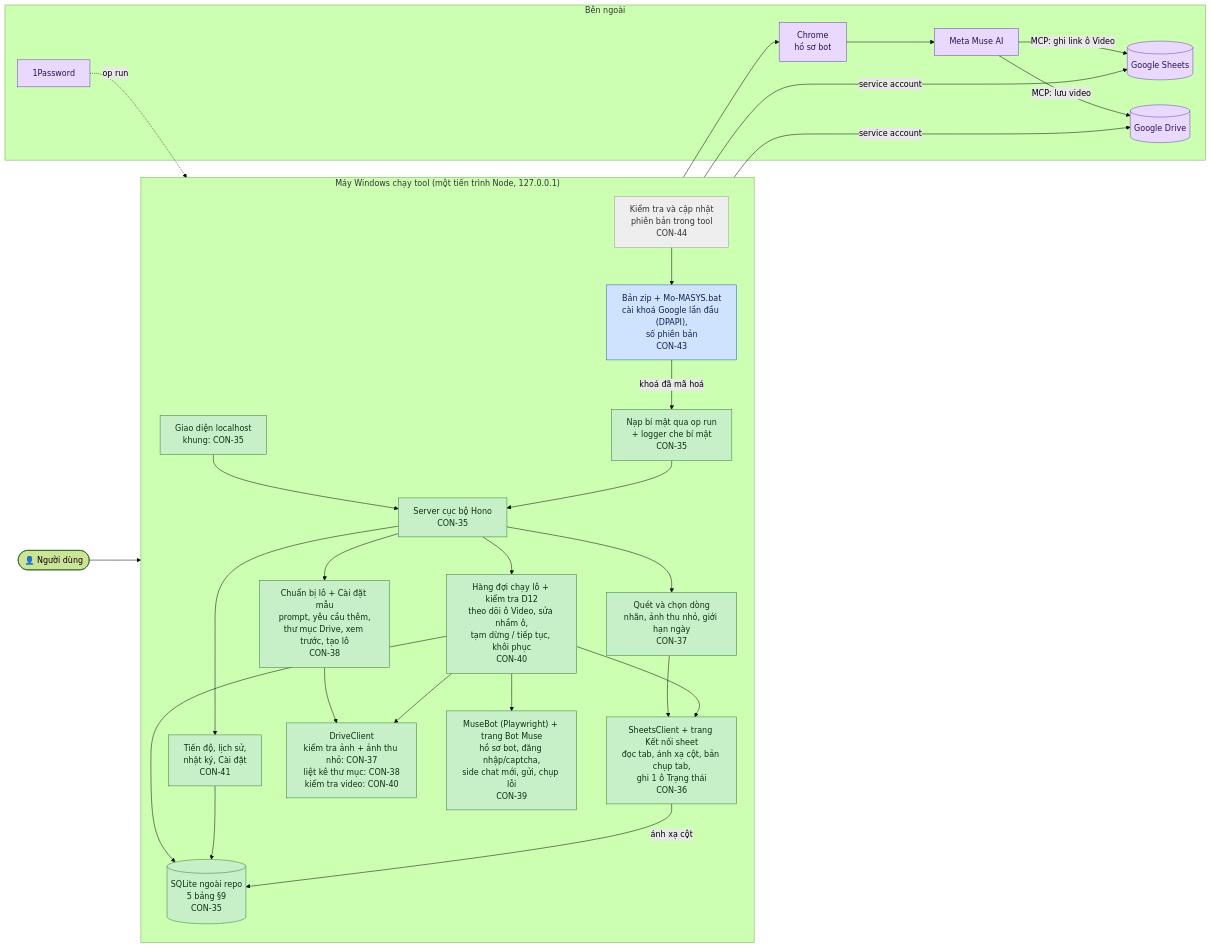
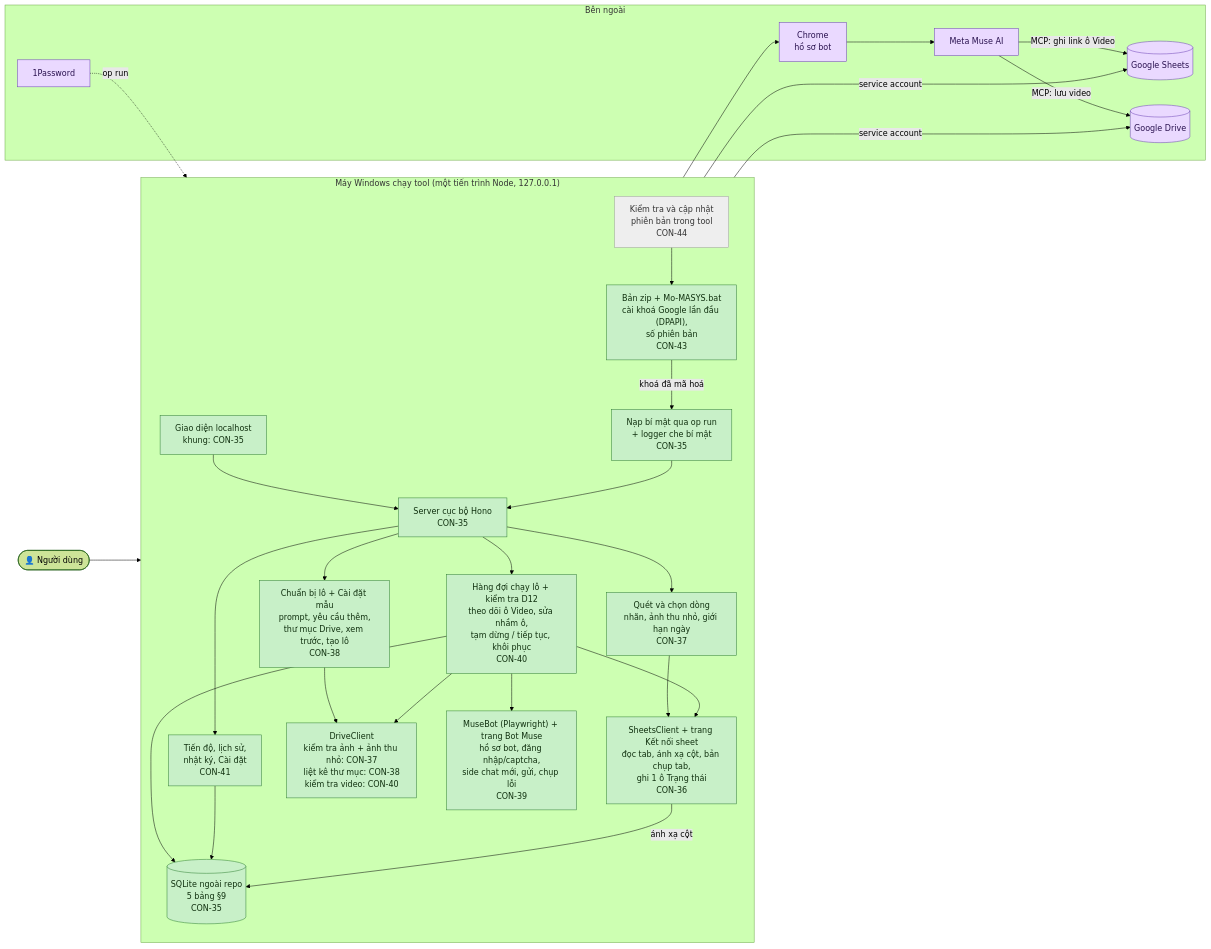
One commit to Bach1711/MASYS-VIDEO-GENERATOR changed the diagram in TIEN-DO.md. Above: the diagram before and after it, drawn with Mermaid (forest theme). The commit also changed other lines of this file and 1 other file, not shown here.

````diff
--- a/TIEN-DO.md
+++ b/TIEN-DO.md
@@ -17,63 +17,63 @@
 ```mermaid
 flowchart LR
     user(["👤 Người dùng"])
 
     subgraph PC["Máy Windows chạy tool (một tiến trình Node, 127.0.0.1)"]
         direction TB
         ui["Giao diện localhost<br/>khung: CON-35"]
         server["Server cục bộ Hono<br/>CON-35"]
         secrets["Nạp bí mật qua op run<br/>+ logger che bí mật<br/>CON-35"]
         db[("SQLite ngoài repo<br/>5 bảng §9<br/>CON-35")]
 
         sheet["SheetsClient + trang Kết nối sheet<br/>đọc tab, ánh xạ cột, bản chụp tab,<br/>ghi 1 ô Trạng thái<br/>CON-36"]
         scan["Quét và chọn dòng<br/>nhãn, ảnh thu nhỏ, giới hạn ngày<br/>CON-37"]
         editor["Chuẩn bị lô + Cài đặt mẫu<br/>prompt, yêu cầu thêm,<br/>thư mục Drive, xem trước, tạo lô<br/>CON-38"]
         bot["MuseBot (Playwright) + trang Bot Muse<br/>hồ sơ bot, đăng nhập/captcha,<br/>side chat mới, gửi, chụp lỗi<br/>CON-39"]
         queue["Hàng đợi chạy lô + kiểm tra D12<br/>theo dõi ô Video, sửa nhầm ô,<br/>tạm dừng / tiếp tục, khôi phục<br/>CON-40"]
         drive["DriveClient<br/>kiểm tra ảnh + ảnh thu nhỏ: CON-37<br/>liệt kê thư mục: CON-38<br/>kiểm tra video: CON-40"]
         progress["Tiến độ, lịch sử,<br/>nhật ký, Cài đặt<br/>CON-41"]
         pack["Bản zip + Mo-MASYS.bat<br/>cài khoá Google lần đầu (DPAPI),<br/>số phiên bản<br/>CON-43"]
         update["Kiểm tra và cập nhật<br/>phiên bản trong tool<br/>CON-44"]
     end
 
     subgraph EXT["Bên ngoài"]
         gsheets[("Google Sheets")]
         gdrive[("Google Drive")]
         chrome["Chrome<br/>hồ sơ bot"]
         muse["Meta Muse AI"]
         op["1Password"]
     end
 
     user --> ui --> server
     server --> scan & editor & progress
     scan --> sheet
     editor --> drive
     server --> queue
     queue --> sheet & drive & bot
     queue --> db
     progress --> db
     sheet -- "ánh xạ cột" --> db
     sheet -- "service account" --> gsheets
     drive -- "service account" --> gdrive
     bot --> chrome --> muse
     muse -- "MCP: lưu video" --> gdrive
     muse -- "MCP: ghi link ô Video" --> gsheets
     op -. "op run" .-> secrets --> server
     pack -- "khoá đã mã hoá" --> secrets
     update --> pack
 
     classDef done fill:#c8f0c8,stroke:#2e7d32,color:#10300f
     classDef review fill:#cfe3ff,stroke:#1f5fbf,color:#0c2550
     classDef doing fill:#fff1b8,stroke:#b38600,color:#3d2e00
     classDef todo fill:#eeeeee,stroke:#9e9e9e,color:#333333
     classDef ext fill:#ead9ff,stroke:#6a3fb5,color:#2a1250
 
     class ui,server,secrets,db,sheet,scan,editor done
     class drive done
     class bot done
     class queue done
     class progress done
-    class pack review
+    class pack done
     class update todo
     class gsheets,gdrive,chrome,muse,op ext
 ```
````
